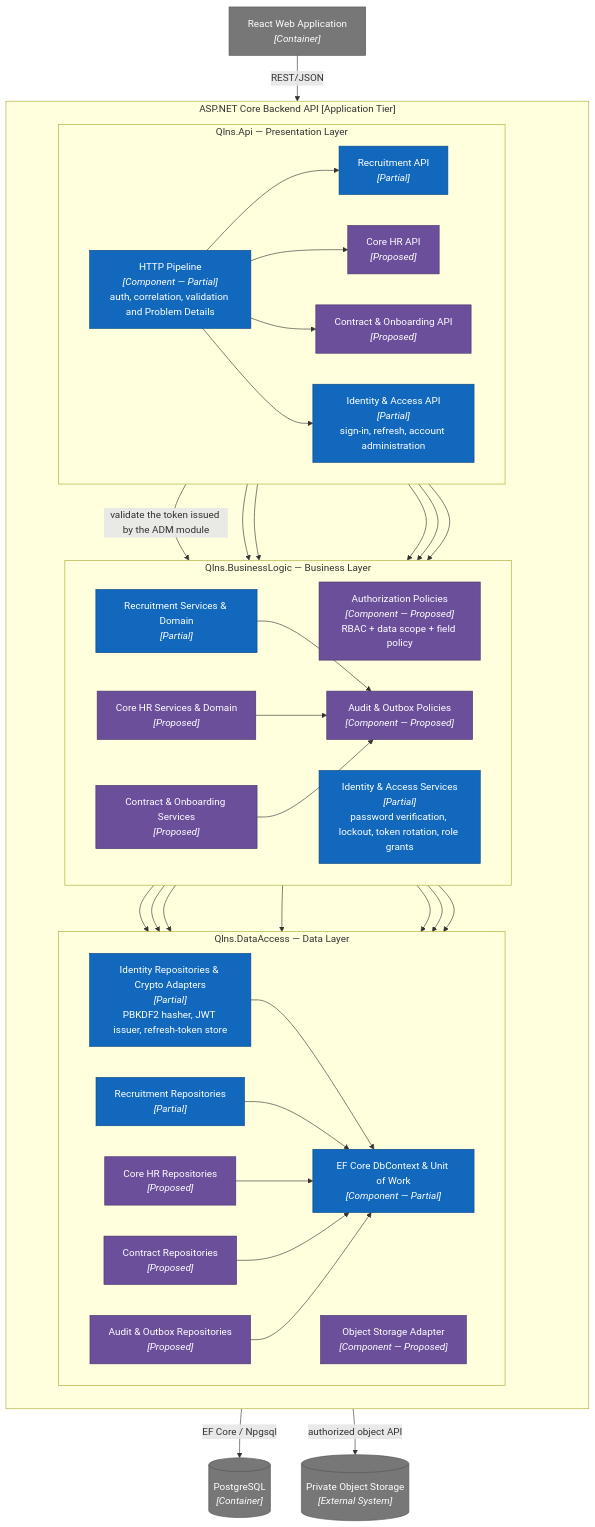
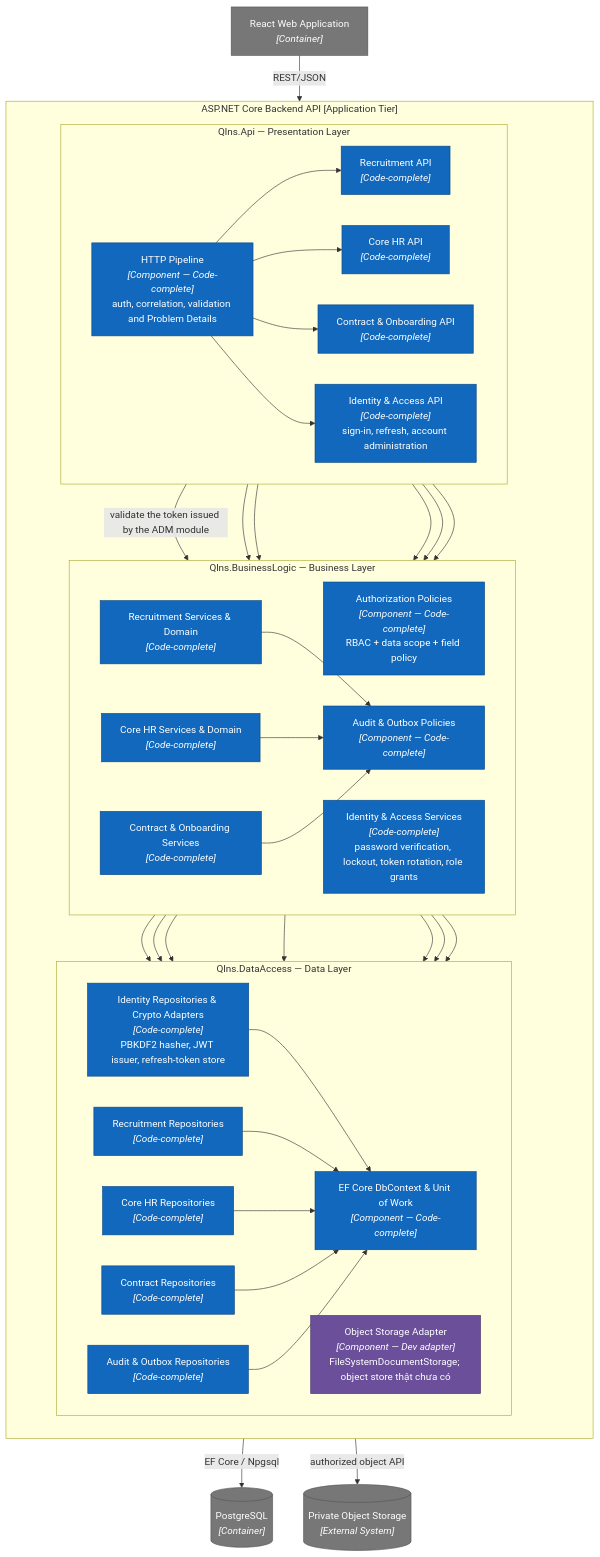
The fifth of 12 diagrams in docs/architecture.md (nvdat16/QLNS), drawn with Mermaid before and after one commit. The commit also changed other lines of this file and 5 other files, not shown here.

First line of the commit message:
docs: replace stale "skeleton" status with the actual code-complete state

````diff
--- a/docs/architecture.md
+++ b/docs/architecture.md
@@ -274,80 +274,80 @@
 ```mermaid
 flowchart TB
     web["React Web Application<br/><i>[Container]</i>"]
     db[("PostgreSQL<br/><i>[Container]</i>")]
     objects[("Private Object Storage<br/><i>[External System]</i>")]
 
     subgraph api["ASP.NET Core Backend API [Application Tier]"]
         direction TB
 
         subgraph presentation["Qlns.Api — Presentation Layer"]
             direction LR
-            pipeline["HTTP Pipeline<br/><i>[Component — Partial]</i><br/>auth, correlation, validation and Problem Details"]
-            recApi["Recruitment API<br/><i>[Partial]</i>"]
-            hrApi["Core HR API<br/><i>[Proposed]</i>"]
-            contractApi["Contract & Onboarding API<br/><i>[Proposed]</i>"]
-            admApi["Identity & Access API<br/><i>[Partial]</i><br/>sign-in, refresh, account administration"]
+            pipeline["HTTP Pipeline<br/><i>[Component — Code-complete]</i><br/>auth, correlation, validation and Problem Details"]
+            recApi["Recruitment API<br/><i>[Code-complete]</i>"]
+            hrApi["Core HR API<br/><i>[Code-complete]</i>"]
+            contractApi["Contract & Onboarding API<br/><i>[Code-complete]</i>"]
+            admApi["Identity & Access API<br/><i>[Code-complete]</i><br/>sign-in, refresh, account administration"]
         end
 
         subgraph business["Qlns.BusinessLogic — Business Layer"]
             direction LR
-            authorization["Authorization Policies<br/><i>[Component — Proposed]</i><br/>RBAC + data scope + field policy"]
-            recLogic["Recruitment Services & Domain<br/><i>[Partial]</i>"]
-            hrLogic["Core HR Services & Domain<br/><i>[Proposed]</i>"]
-            contractLogic["Contract & Onboarding Services<br/><i>[Proposed]</i>"]
-            auditOutbox["Audit & Outbox Policies<br/><i>[Component — Proposed]</i>"]
-            adm["Identity & Access Services<br/><i>[Partial]</i><br/>password verification, lockout, token rotation, role grants"]
+            authorization["Authorization Policies<br/><i>[Component — Code-complete]</i><br/>RBAC + data scope + field policy"]
+            recLogic["Recruitment Services & Domain<br/><i>[Code-complete]</i>"]
+            hrLogic["Core HR Services & Domain<br/><i>[Code-complete]</i>"]
+            contractLogic["Contract & Onboarding Services<br/><i>[Code-complete]</i>"]
+            auditOutbox["Audit & Outbox Policies<br/><i>[Component — Code-complete]</i>"]
+            adm["Identity & Access Services<br/><i>[Code-complete]</i><br/>password verification, lockout, token rotation, role grants"]
         end
 
         subgraph data["Qlns.DataAccess — Data Layer"]
             direction LR
-            recRepo["Recruitment Repositories<br/><i>[Partial]</i>"]
-            hrRepo["Core HR Repositories<br/><i>[Proposed]</i>"]
-            contractRepo["Contract Repositories<br/><i>[Proposed]</i>"]
-            auditRepo["Audit & Outbox Repositories<br/><i>[Proposed]</i>"]
-            uow["EF Core DbContext & Unit of Work<br/><i>[Component — Partial]</i>"]
-            objectAdapter["Object Storage Adapter<br/><i>[Component — Proposed]</i>"]
-            admRepo["Identity Repositories &amp; Crypto Adapters<br/><i>[Partial]</i><br/>PBKDF2 hasher, JWT issuer, refresh-token store"]
+            recRepo["Recruitment Repositories<br/><i>[Code-complete]</i>"]
+            hrRepo["Core HR Repositories<br/><i>[Code-complete]</i>"]
+            contractRepo["Contract Repositories<br/><i>[Code-complete]</i>"]
+            auditRepo["Audit & Outbox Repositories<br/><i>[Code-complete]</i>"]
+            uow["EF Core DbContext & Unit of Work<br/><i>[Component — Code-complete]</i>"]
+            objectAdapter["Object Storage Adapter<br/><i>[Component — Dev adapter]</i><br/>FileSystemDocumentStorage; object store thật chưa có"]
+            admRepo["Identity Repositories &amp; Crypto Adapters<br/><i>[Code-complete]</i><br/>PBKDF2 hasher, JWT issuer, refresh-token store"]
         end
     end
 
     web -->|"REST/JSON"| pipeline
     pipeline -->|"validate the token issued by the ADM module"| adm
     pipeline --> recApi
     pipeline --> hrApi
     pipeline --> contractApi
     pipeline --> admApi
     pipeline --> authorization
     admApi --> adm
     adm --> admRepo
     admRepo --> uow
 
     recApi --> recLogic
     hrApi --> hrLogic
     contractApi --> contractLogic
 
     recLogic --> recRepo
     hrLogic --> hrRepo
     contractLogic --> contractRepo
 
     recLogic --> auditOutbox
     hrLogic --> auditOutbox
     contractLogic --> auditOutbox
     auditOutbox --> auditRepo
 
     recRepo --> uow
     hrRepo --> uow
     contractRepo --> uow
     auditRepo --> uow
     uow -->|"EF Core / Npgsql"| db
     contractLogic --> objectAdapter
     recLogic --> objectAdapter
     objectAdapter -->|"authorized object API"| objects
 
     classDef partial fill:#1168bd,color:#fff,stroke:#0b4884
     classDef proposed fill:#6b4f9b,color:#fff,stroke:#463267
     classDef external fill:#777,color:#fff,stroke:#555
-    class pipeline,recApi,recLogic,recRepo,uow,admApi,adm,admRepo partial
-    class authorization,hrApi,contractApi,hrLogic,contractLogic,auditOutbox,hrRepo,contractRepo,auditRepo,objectAdapter proposed
+    class pipeline,recApi,hrApi,contractApi,admApi,authorization,recLogic,hrLogic,contractLogic,auditOutbox,adm,recRepo,hrRepo,contractRepo,auditRepo,uow,admRepo partial
+    class objectAdapter proposed
     class web,db,objects external
 ```
````
